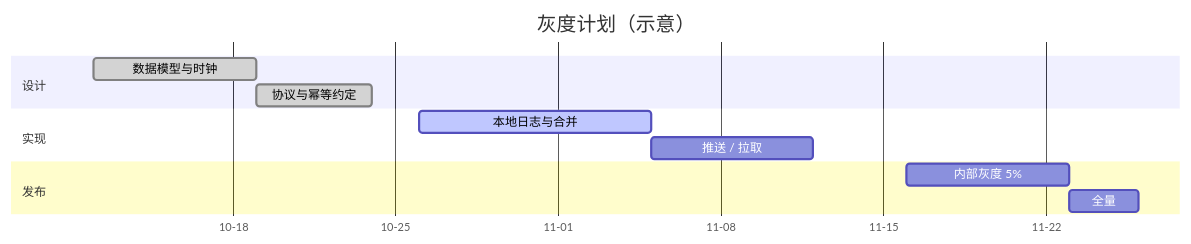
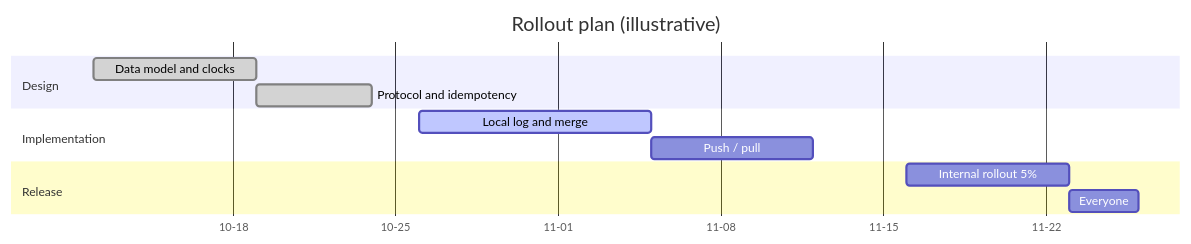
One commit to folay-git/typora-cursor-theme changed the sixth of 7 diagrams in preview.md. Above: the diagram before and after it, drawn with Mermaid. The commit also changed other lines of this file and 16 other files, not shown here.

````diff
--- a/preview.md
+++ b/preview.md
@@ -423,15 +423,15 @@
 ```mermaid
 gantt
-    title 灰度计划（示意）
+    title Rollout plan (illustrative)
     dateFormat  YYYY-MM-DD
     axisFormat  %m-%d
-    section 设计
-    数据模型与时钟     :done,   d1, 2026-10-12, 7d
-    协议与幂等约定     :done,   d2, after d1, 5d
-    section 实现
-    本地日志与合并     :active, i1, 2026-10-26, 10d
-    推送 / 拉取        :        i2, after i1, 7d
-    section 发布
-    内部灰度 5%        :        r1, 2026-11-16, 7d
-    全量               :        r2, after r1, 3d
+    section Design
+    Data model and clocks        :done,   d1, 2026-10-12, 7d
+    Protocol and idempotency     :done,   d2, after d1, 5d
+    section Implementation
+    Local log and merge          :active, i1, 2026-10-26, 10d
+    Push / pull                  :        i2, after i1, 7d
+    section Release
+    Internal rollout 5%          :        r1, 2026-11-16, 7d
+    Everyone                     :        r2, after r1, 3d
 ```
````
